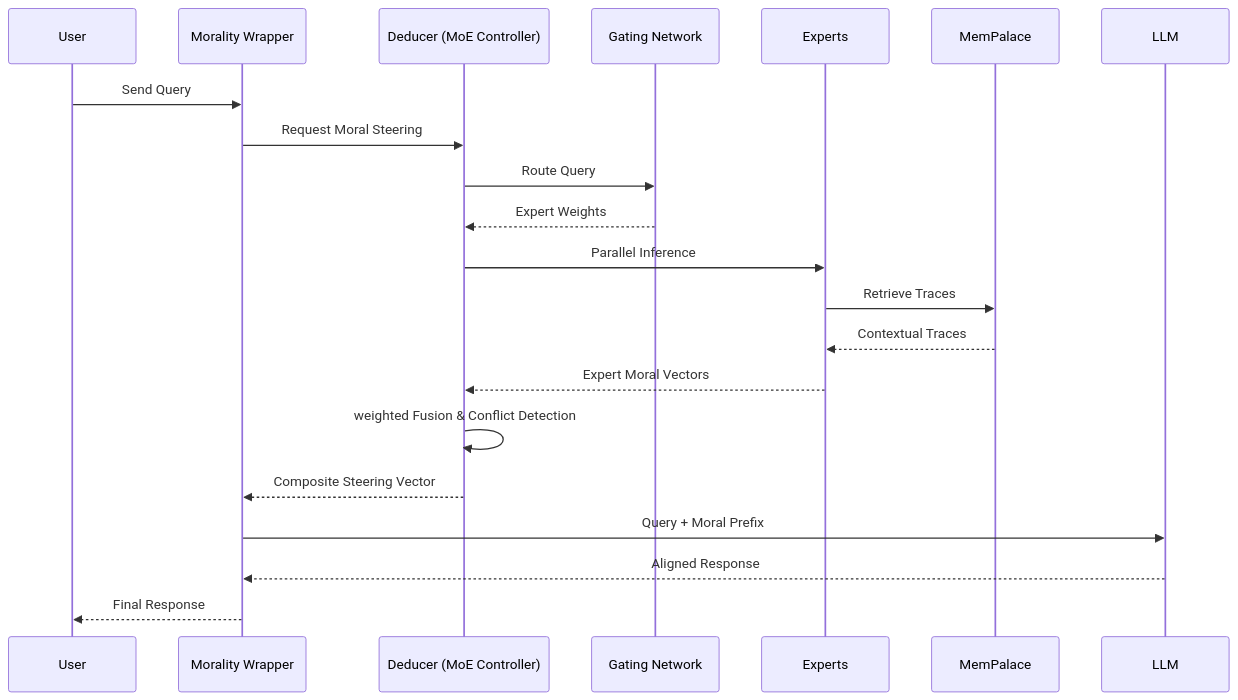
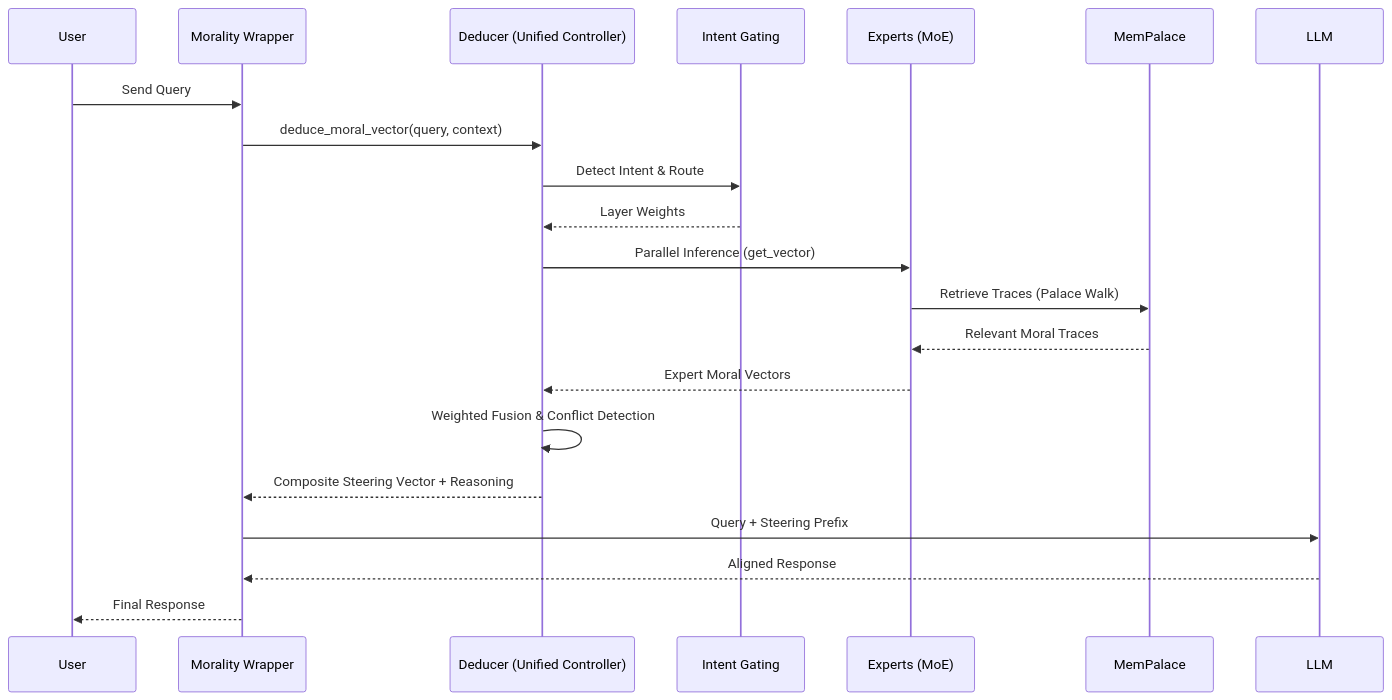
Before and after one commit to Neutron-Binary-LLC/OpenDike: the third of 4 diagrams in README.md, drawn with Mermaid. The commit also changed other lines of this file and 8 other files, not shown here.

````diff
--- a/README.md
+++ b/README.md
@@ -85,24 +82,24 @@
 ```mermaid
 sequenceDiagram
     participant U as User
     participant W as Morality Wrapper
-    participant D as Deducer (MoE Controller)
-    participant G as Gating Network
-    participant E as Experts
+    participant D as Deducer (Unified Controller)
+    participant G as Intent Gating
+    participant E as Experts (MoE)
     participant M as MemPalace
     participant L as LLM
 
     U->>W: Send Query
-    W->>D: Request Moral Steering
-    D->>G: Route Query
-    G-->>D: Expert Weights
-    D->>E: Parallel Inference
-    E->>M: Retrieve Traces
-    M-->>E: Contextual Traces
+    W->>D: deduce_moral_vector(query, context)
+    D->>G: Detect Intent & Route
+    G-->>D: Layer Weights
+    D->>E: Parallel Inference (get_vector)
+    E->>M: Retrieve Traces (Palace Walk)
+    M-->>E: Relevant Moral Traces
     E-->>D: Expert Moral Vectors
-    D->>D: weighted Fusion & Conflict Detection
-    D-->>W: Composite Steering Vector
-    W->>L: Query + Moral Prefix
+    D->>D: Weighted Fusion & Conflict Detection
+    D-->>W: Composite Steering Vector + Reasoning
+    W->>L: Query + Steering Prefix
     L-->>W: Aligned Response
     W-->>U: Final Response
 ```
````
